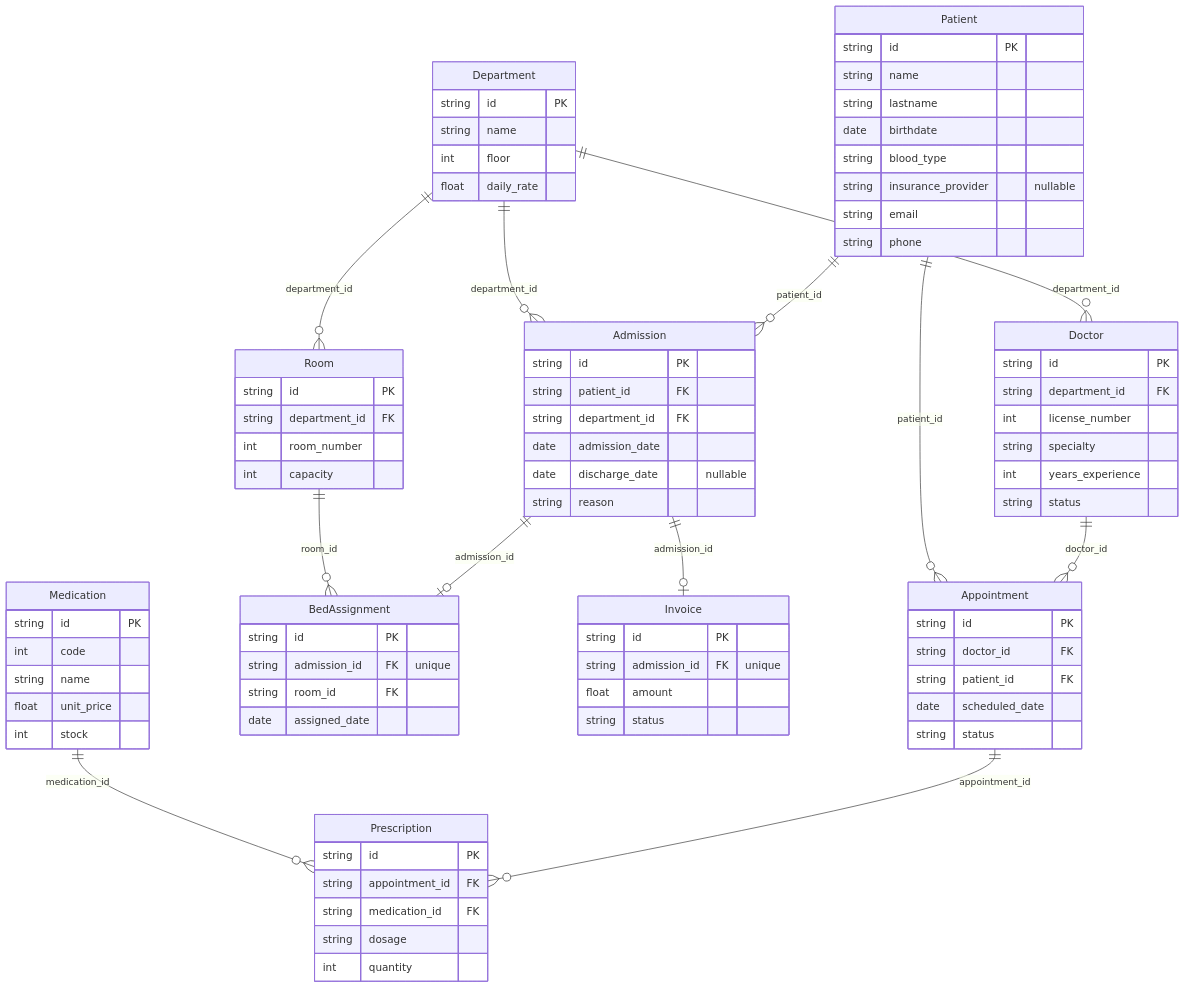
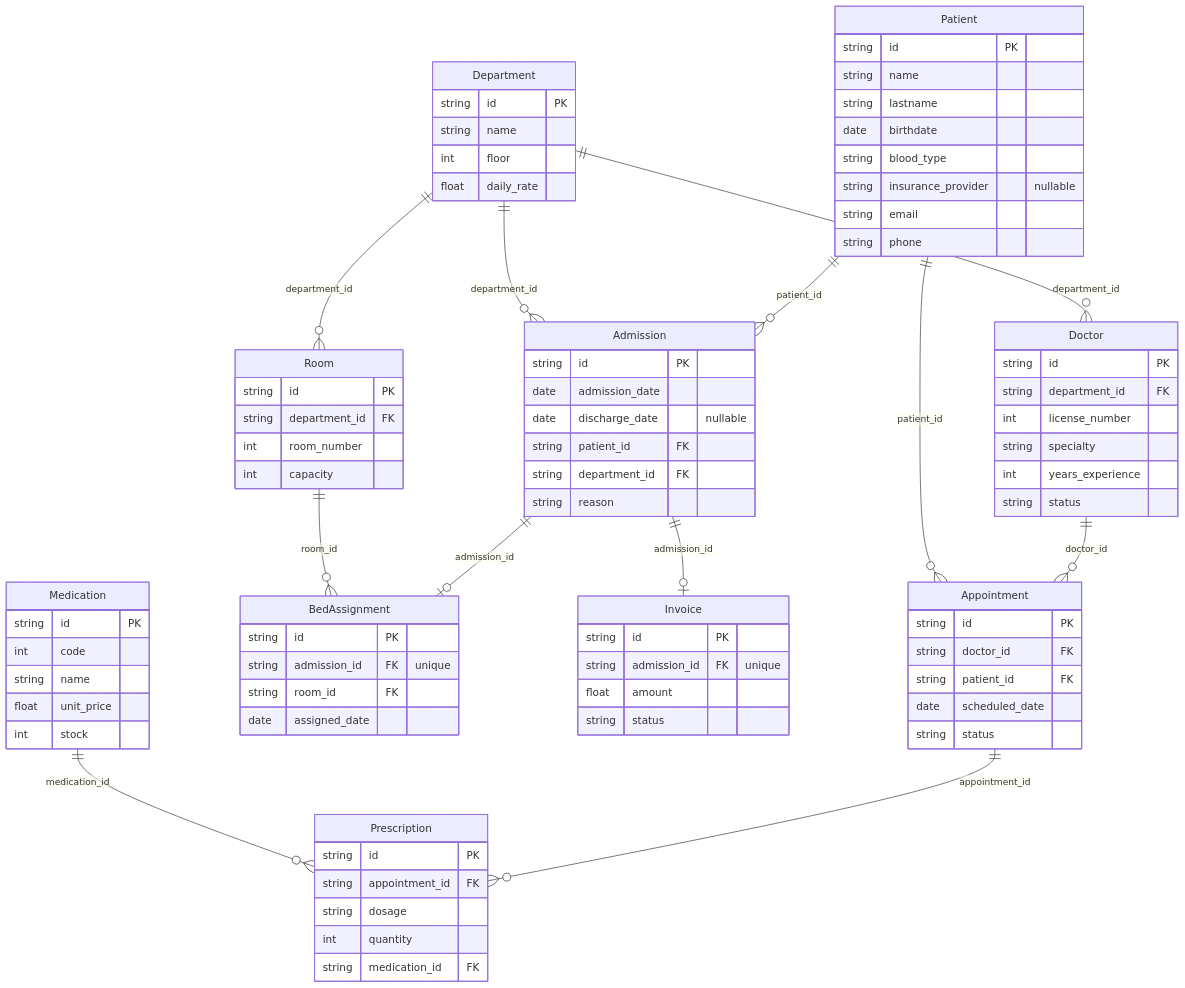
One commit to hgomezrobaina/chaca changed the diagram in test/example-case/hospital/schema.md. Above: the diagram before and after it, drawn with Mermaid. The commit also changed other lines of this file and 9 other files, not shown here.

```diff
--- a/test/example-case/hospital/schema.md
+++ b/test/example-case/hospital/schema.md
@@ -8,10 +8,10 @@
 erDiagram
     Admission {
         string id PK
+        date admission_date
+        date discharge_date "nullable"
         string patient_id FK
         string department_id FK
-        date admission_date
-        date discharge_date "nullable"
         string reason
     }
     Appointment {
@@ -67,9 +67,9 @@
     Prescription {
         string id PK
         string appointment_id FK
-        string medication_id FK
         string dosage
         int quantity
+        string medication_id FK
     }
     Room {
         string id PK
```
